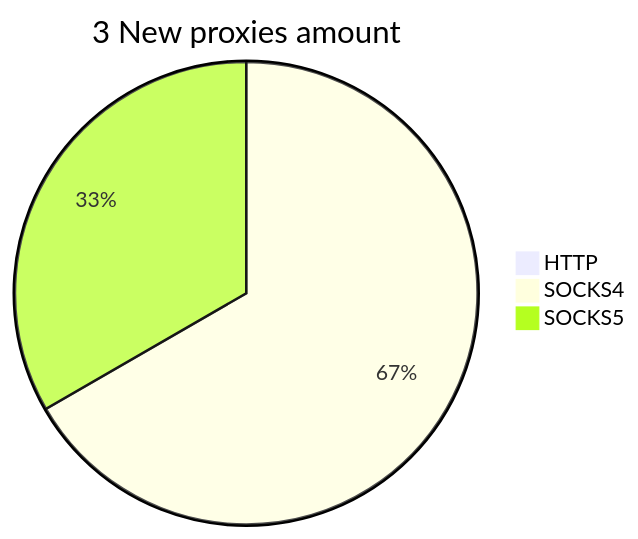
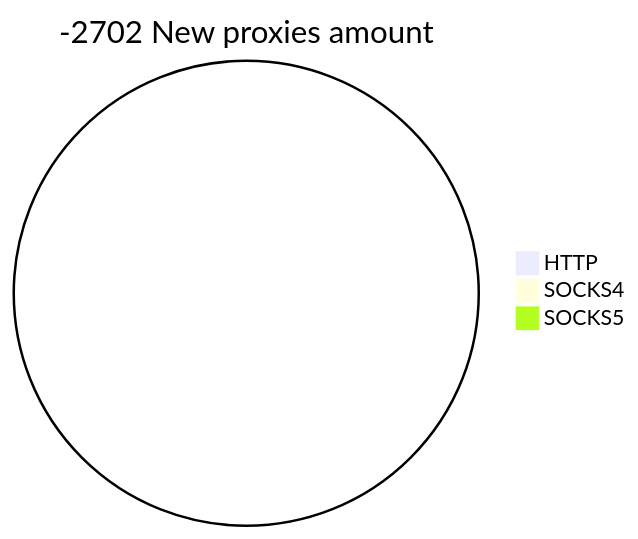
One commit to cutipu/proxylist changed the second of 2 diagrams in README.md. Above: the diagram before and after it, drawn with Mermaid. The commit also changed other lines of this file, not shown here.

````diff
--- a/README.md
+++ b/README.md
@@ -10,6 +10,6 @@
 ```mermaid
-pie title 3 New proxies amount
+pie title -2702 New proxies amount
     "HTTP" : 0
-    "SOCKS4" : 2
-    "SOCKS5" : 1
+    "SOCKS4" : 0
+    "SOCKS5" : 0
 ```
````
